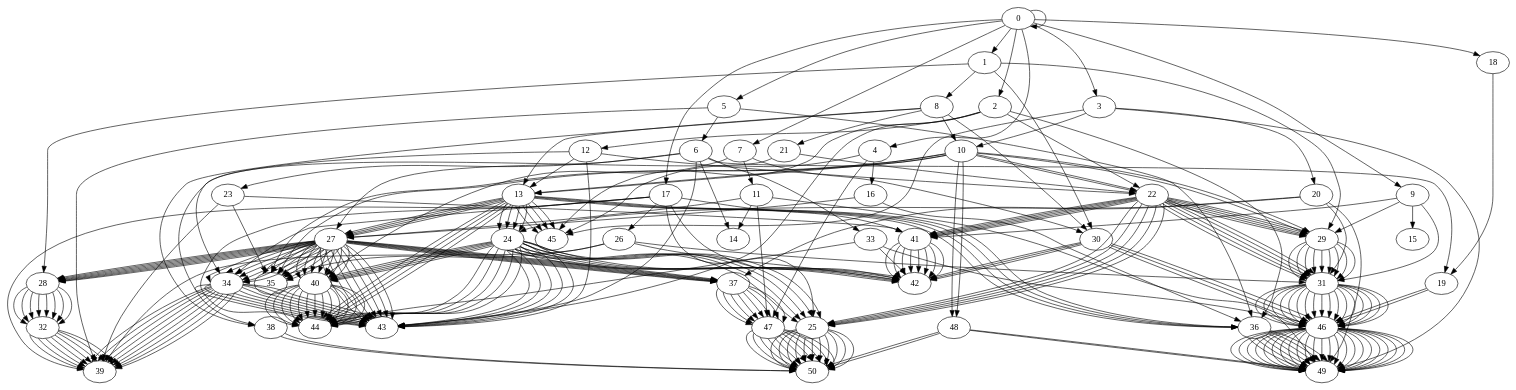
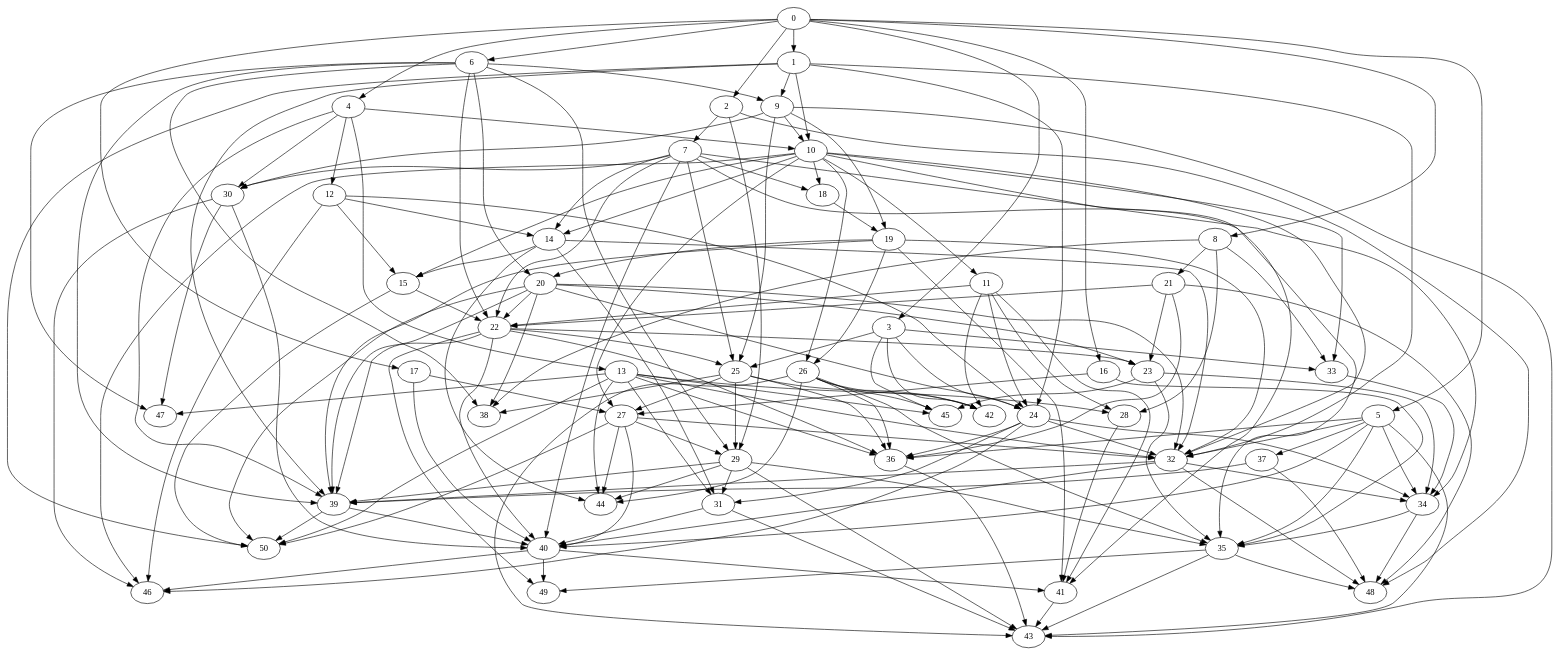
The diagram in graphOut.gv (ayushpandey8439/CAIndex), drawn with Graphviz before and after one commit. The commit also changed 6 other files, not shown here.

Commit message:
Eliminate duplicate edgs in the dot output of the graph

```diff
--- a/graphOut.gv
+++ b/graphOut.gv
@@ -1,354 +1,175 @@
 digraph G {
-0->0;
 0->1;
-1->8;
-8->10;
-10->13;
-13->24;
-24->25;
-25->50;
-24->40;
-40->44;
-24->42;
-24->43;
-24->44;
-13->27;
-27->28;
-28->32;
+0->2;
+0->3;
+0->4;
+0->5;
+0->6;
+0->8;
+0->16;
+0->17;
+1->9;
+1->10;
+1->24;
+1->32;
+1->39;
+1->50;
+2->7;
+2->29;
+2->48;
+3->24;
+3->25;
+3->33;
+3->42;
+3->45;
+4->10;
+4->12;
+4->13;
+4->30;
+4->39;
+5->32;
+5->34;
+5->35;
+5->36;
+5->37;
+5->40;
+5->43;
+6->9;
+6->20;
+6->22;
+6->29;
+6->38;
+6->39;
+6->47;
+8->21;
+8->28;
+8->33;
+8->38;
+16->27;
+16->35;
+17->27;
+17->40;
+9->10;
+9->19;
+9->25;
+9->30;
+9->43;
+10->11;
+10->14;
+10->15;
+10->18;
+10->26;
+10->27;
+10->32;
+10->33;
+10->41;
+10->46;
+24->31;
+24->32;
+24->34;
+24->36;
+24->46;
+32->34;
 32->39;
-27->34;
-34->39;
-34->43;
-27->35;
-27->37;
-37->47;
-47->50;
-27->40;
-40->44;
-27->43;
+32->40;
+32->48;
+39->40;
+39->50;
+7->14;
+7->18;
+7->22;
+7->25;
+7->30;
+7->34;
+7->35;
+7->40;
+29->31;
+29->35;
+29->39;
+29->43;
+29->44;
+25->27;
+25->29;
+25->36;
+25->38;
+25->42;
+33->34;
+12->14;
+12->15;
+12->24;
+12->46;
+13->28;
+13->31;
+13->32;
 13->36;
-36->49;
 13->44;
 13->45;
-10->22;
+13->47;
+13->50;
+30->40;
+30->46;
+30->47;
+34->35;
+34->48;
+35->43;
+35->48;
+35->49;
+36->43;
+37->39;
+37->48;
+40->41;
+40->46;
+40->49;
+20->22;
+20->23;
+20->24;
+20->32;
+20->38;
+20->39;
+20->50;
+22->23;
 22->25;
-25->50;
-22->29;
-29->31;
-31->46;
-46->49;
-22->31;
-31->46;
-46->49;
-22->41;
-41->42;
-10->29;
-29->31;
-31->46;
-46->49;
-10->35;
-10->48;
-48->49;
-48->50;
-8->13;
-13->24;
-24->25;
-25->50;
-24->40;
-40->44;
-24->42;
-24->43;
-24->44;
-13->27;
-27->28;
-28->32;
-32->39;
-27->34;
-34->39;
-34->43;
-27->35;
-27->37;
-37->47;
-47->50;
+22->36;
+22->39;
+22->40;
+22->49;
+21->22;
+21->23;
+21->36;
+21->48;
+28->41;
+27->29;
+27->32;
 27->40;
-40->44;
-27->43;
-13->36;
-36->49;
-13->44;
-13->45;
-8->21;
-21->22;
-22->25;
-25->50;
-22->29;
-29->31;
-31->46;
-46->49;
-22->31;
-31->46;
-46->49;
-22->41;
-41->42;
-21->38;
-38->50;
-8->30;
-30->42;
-30->46;
-46->49;
-8->38;
-38->50;
-1->28;
-28->32;
-32->39;
-1->29;
-29->31;
-31->46;
-46->49;
-1->30;
-30->42;
-30->46;
-46->49;
-0->2;
-2->12;
-12->13;
-13->24;
-24->25;
-25->50;
-24->40;
-40->44;
-24->42;
-24->43;
-24->44;
-13->27;
-27->28;
-28->32;
-32->39;
-27->34;
-34->39;
-34->43;
-27->35;
-27->37;
-37->47;
-47->50;
-27->40;
-40->44;
-27->43;
-13->36;
-36->49;
-13->44;
-13->45;
-12->22;
-22->25;
-25->50;
-22->29;
-29->31;
-31->46;
-46->49;
-22->31;
-31->46;
-46->49;
-22->41;
-41->42;
-12->34;
-34->39;
-34->43;
-12->43;
-2->22;
-22->25;
-25->50;
-22->29;
-29->31;
-31->46;
-46->49;
-22->31;
-31->46;
-46->49;
-22->41;
-41->42;
-2->36;
-36->49;
-2->43;
-2->45;
-0->3;
-3->10;
-10->13;
-13->24;
-24->25;
-25->50;
-24->40;
-40->44;
-24->42;
-24->43;
-24->44;
-13->27;
-27->28;
-28->32;
-32->39;
-27->34;
-34->39;
-34->43;
-27->35;
-27->37;
-37->47;
-47->50;
-27->40;
-40->44;
-27->43;
-13->36;
-36->49;
-13->44;
-13->45;
-10->22;
-22->25;
-25->50;
-22->29;
-29->31;
-31->46;
-46->49;
-22->31;
-31->46;
-46->49;
-22->41;
-41->42;
-10->29;
-29->31;
-31->46;
-46->49;
-10->35;
-10->48;
-48->49;
-48->50;
-3->20;
-20->24;
-24->25;
-25->50;
-24->40;
-40->44;
-24->42;
-24->43;
-24->44;
-20->31;
-31->46;
-46->49;
-20->37;
-37->47;
-47->50;
-20->49;
-3->45;
-3->49;
-0->4;
-4->16;
-16->27;
-27->28;
-28->32;
-32->39;
-27->34;
-34->39;
-34->43;
-27->35;
-27->37;
-37->47;
-47->50;
-27->40;
-40->44;
-27->43;
-16->36;
-36->49;
-4->45;
-4->47;
-47->50;
-0->5;
-5->6;
-6->14;
-6->19;
-19->46;
-46->49;
-6->23;
+27->44;
+27->50;
+19->20;
+19->26;
+19->32;
+19->39;
+19->41;
+11->22;
+11->24;
+11->28;
+11->41;
+11->42;
+14->15;
+14->31;
+14->32;
+14->44;
+15->22;
+15->50;
+18->19;
+26->35;
+26->36;
+26->42;
+26->43;
+26->44;
+26->45;
+41->43;
+31->40;
+31->43;
+23->34;
 23->35;
-23->39;
-23->41;
-41->42;
-6->27;
-27->28;
-28->32;
-32->39;
-27->34;
-34->39;
-34->43;
-27->35;
-27->37;
-37->47;
-47->50;
-27->40;
-40->44;
-27->43;
-6->33;
-33->42;
-33->44;
-33->46;
-46->49;
-6->43;
-5->36;
-36->49;
-5->39;
-0->7;
-7->11;
-11->14;
-11->27;
-27->28;
-28->32;
-32->39;
-27->34;
-34->39;
-34->43;
-27->35;
-27->37;
-37->47;
-47->50;
-27->40;
-40->44;
-27->43;
-11->47;
-47->50;
-11->49;
-7->30;
-30->42;
-30->46;
-46->49;
-7->40;
-40->44;
-0->9;
-9->15;
-9->29;
-29->31;
-31->46;
-46->49;
-9->31;
-31->46;
-46->49;
-9->41;
-41->42;
-0->17;
-17->25;
-25->50;
-17->26;
-26->31;
-31->46;
-46->49;
-26->35;
-26->39;
-26->42;
-17->34;
-34->39;
-34->43;
-17->39;
-17->41;
-41->42;
-17->42;
-17->44;
-0->18;
-18->19;
-19->46;
-46->49;
+23->45;
 }
```
